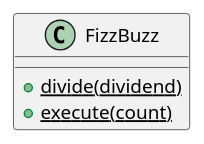
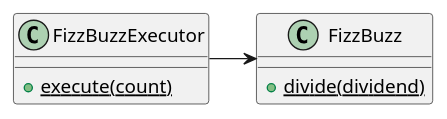
One commit to k2works/etude_for_ruby changed the first of 2 diagrams in docs/dev/_fizz_buzz.md. Above: the diagram before and after it, drawn with PlantUML. The commit also changed other lines of this file, not shown here.

````diff
--- a/docs/dev/_fizz_buzz.md
+++ b/docs/dev/_fizz_buzz.md
@@ -34,8 +34,11 @@
 ```puml
 @startuml
+class FizzBuzzExecutor {
+  +{static}execute(count)  
+}
 class FizzBuzz {
   +{static}divide(dividend)
-  +{static}execute(count)
 }
+FizzBuzzExecutor -> FizzBuzz
 @enduml
 ```
````
